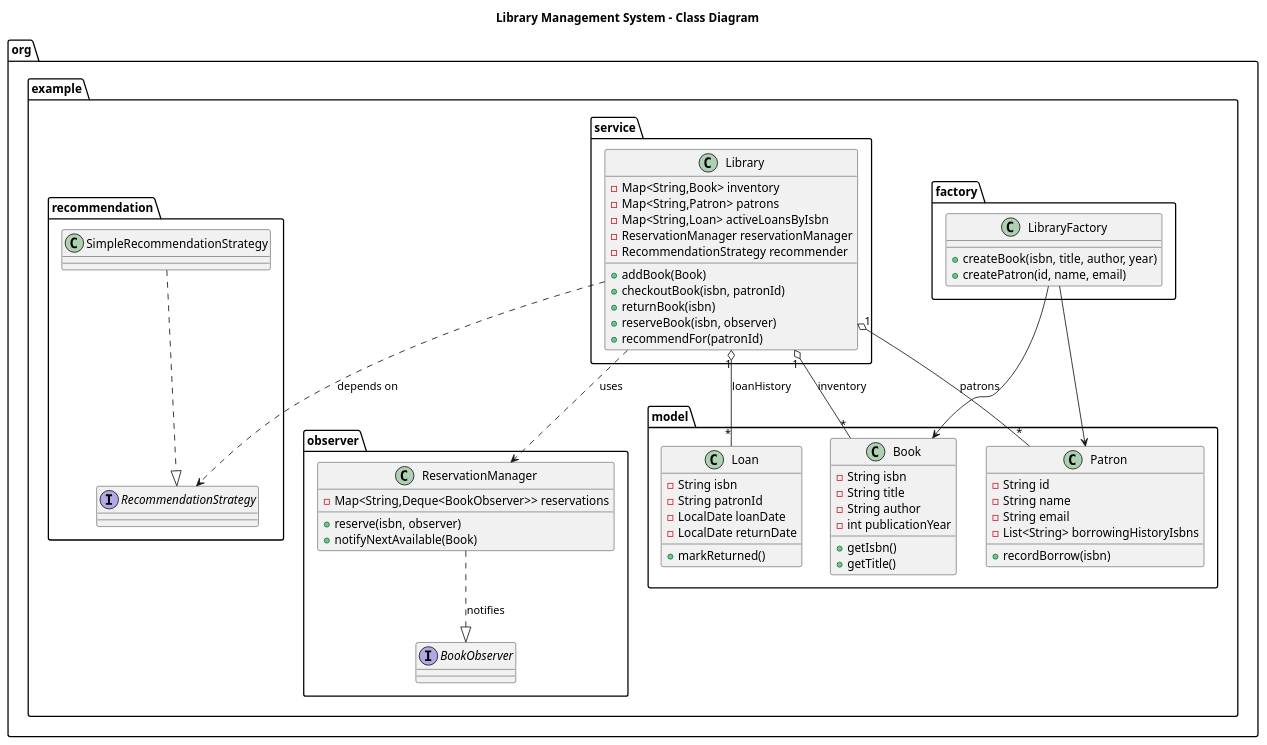
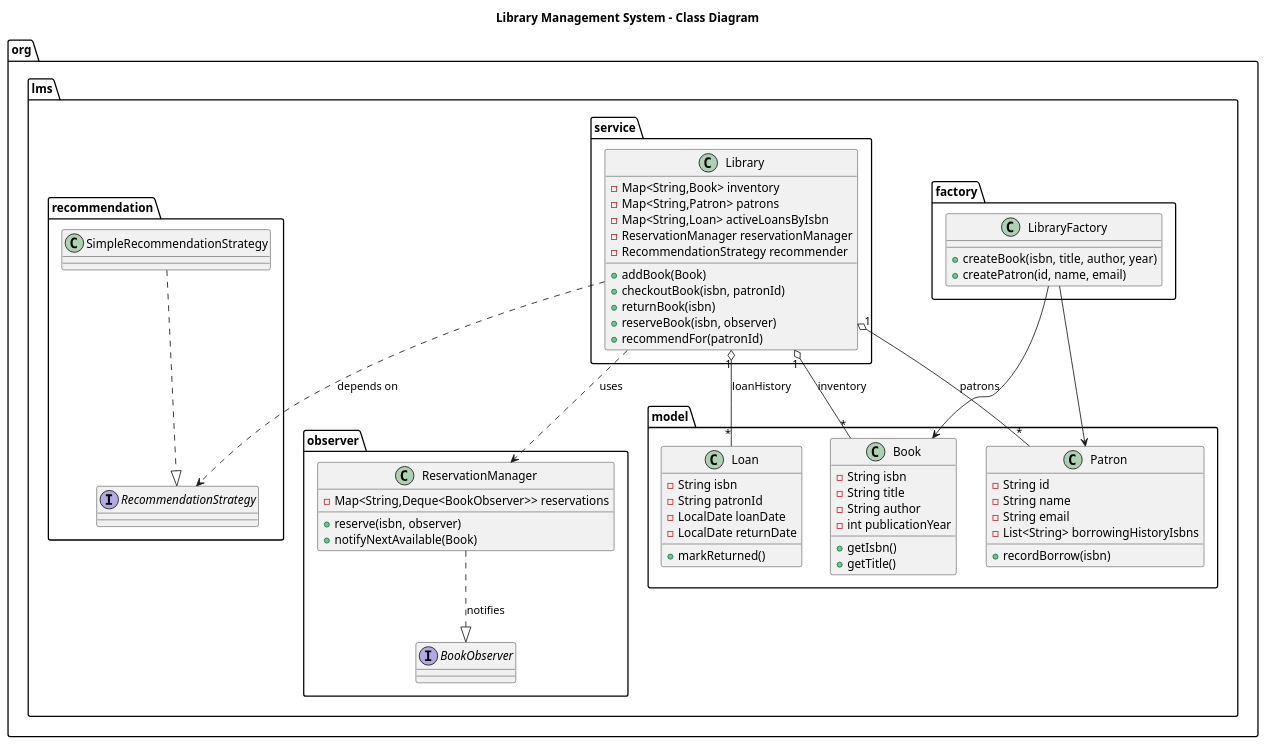
One commit to ajaysinghchouhan353/library-management-system changed the diagram in diagrams/class_diagram.puml. Above: the diagram before and after it, drawn with PlantUML. The commit also changed 12 other files, not shown here.

```diff
--- a/diagrams/class_diagram.puml
+++ b/diagrams/class_diagram.puml
@@ -1,78 +1,78 @@
 @startuml
 title Library Management System - Class Diagram
 
-package "org.example.model" {
+package "org.lms.model" {
   class Book {
     - String isbn
     - String title
     - String author
     - int publicationYear
     + getIsbn()
     + getTitle()
   }
 
   class Patron {
     - String id
     - String name
     - String email
     - List<String> borrowingHistoryIsbns
     + recordBorrow(isbn)
   }
 
   class Loan {
     - String isbn
     - String patronId
     - LocalDate loanDate
     - LocalDate returnDate
     + markReturned()
   }
 }
 
-package "org.example.service" {
+package "org.lms.service" {
   class Library {
     - Map<String,Book> inventory
     - Map<String,Patron> patrons
     - Map<String,Loan> activeLoansByIsbn
     - ReservationManager reservationManager
     - RecommendationStrategy recommender
     + addBook(Book)
     + checkoutBook(isbn, patronId)
     + returnBook(isbn)
     + reserveBook(isbn, observer)
     + recommendFor(patronId)
   }
 }
 
-package "org.example.observer" {
+package "org.lms.observer" {
   interface BookObserver
   class ReservationManager {
     - Map<String,Deque<BookObserver>> reservations
     + reserve(isbn, observer)
     + notifyNextAvailable(Book)
   }
 }
 
-package "org.example.factory" {
+package "org.lms.factory" {
   class LibraryFactory {
     + createBook(isbn, title, author, year)
     + createPatron(id, name, email)
   }
 }
 
-package "org.example.recommendation" {
+package "org.lms.recommendation" {
   interface RecommendationStrategy
   class SimpleRecommendationStrategy
 }
 
 ' Relationships
 Library "1" o-- "*" Book : inventory
 Library "1" o-- "*" Patron : patrons
 Library "1" o-- "*" Loan : loanHistory
 Library ..> ReservationManager : uses
 Library ..> RecommendationStrategy : depends on
 ReservationManager ..|> BookObserver : notifies
 SimpleRecommendationStrategy ..|> RecommendationStrategy
 LibraryFactory --> Book
 LibraryFactory --> Patron
 
 @enduml
```
